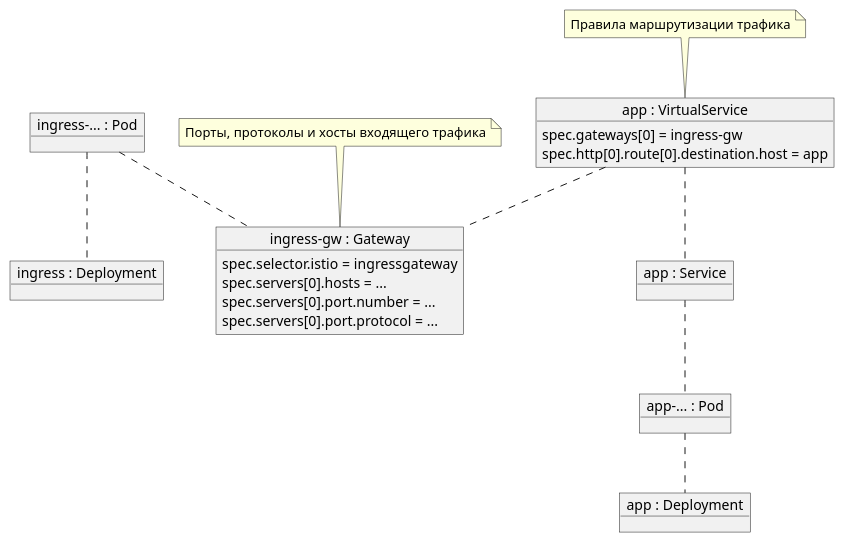
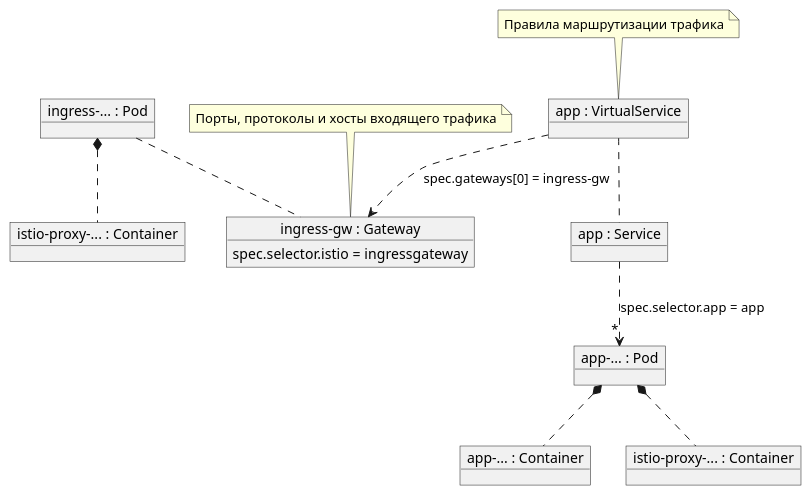
The first of 2 diagrams in src/docs/asciidoc/istio.adoc (gurv/notebook), drawn with PlantUML before and after one commit. The commit also changed other lines of this file, not shown here.

```diff
--- a/src/docs/asciidoc/istio.adoc
+++ b/src/docs/asciidoc/istio.adoc
@@ -13,24 +13,21 @@
 [plantuml, istio-ingress, png]
 ....
-object "app : Deployment" as app_d
-object "app-... : Pod" as app_pod
-object "app : Service" as app_svc
-object "ingress : Deployment" as ingress_d
 object "ingress-... : Pod" as ingress_pod
+object "istio-proxy-... : Container" as ingress_istio_proxy_c
 object "ingress-gw : Gateway" as ingress_gw
 note top of ingress_gw : Порты, протоколы и хосты входящего трафика
 ingress_gw : spec.selector.istio = ingressgateway
-ingress_gw : spec.servers[0].hosts = ...
-ingress_gw : spec.servers[0].port.number = ...
-ingress_gw : spec.servers[0].port.protocol = ...
+ingress_pod *.. ingress_istio_proxy_c
+ingress_pod .. ingress_gw
+object "app-... : Pod" as app_pod
+object "app-... : Container" as app_c
+object "istio-proxy-... : Container" as app_istio_proxy_c
+app_pod *.. app_c
+app_pod *.. app_istio_proxy_c
+object "app : Service" as app_svc
 object "app : VirtualService" as app_vs
 note top of app_vs : Правила маршрутизации трафика
-app_vs : spec.gateways[0] = ingress-gw
-app_vs : spec.http[0].route[0].destination.host = app
-app_pod .. app_d
-app_svc .. app_pod
-ingress_pod .. ingress_d
-ingress_pod .. ingress_gw
+app_svc ..> "*" app_pod : spec.selector.app = app
 app_vs .. app_svc
-app_vs .. ingress_gw
+app_vs ..> ingress_gw : spec.gateways[0] = ingress-gw
 ....
```
